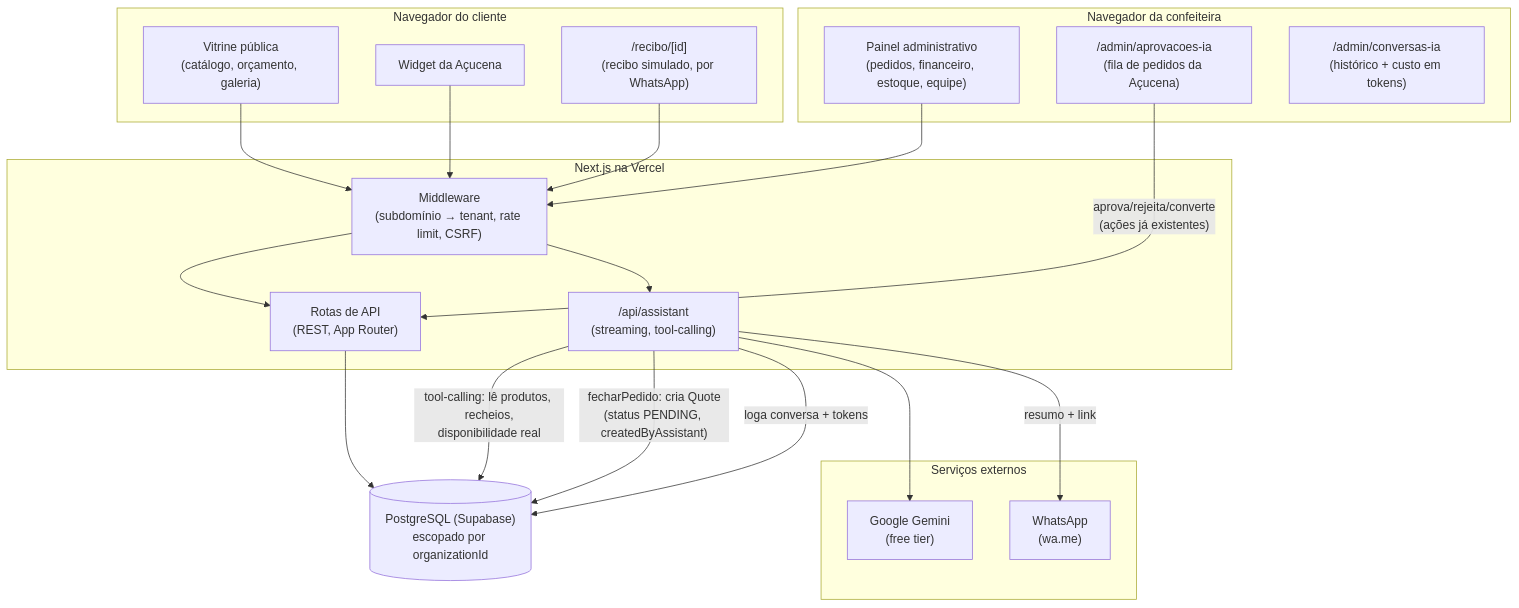
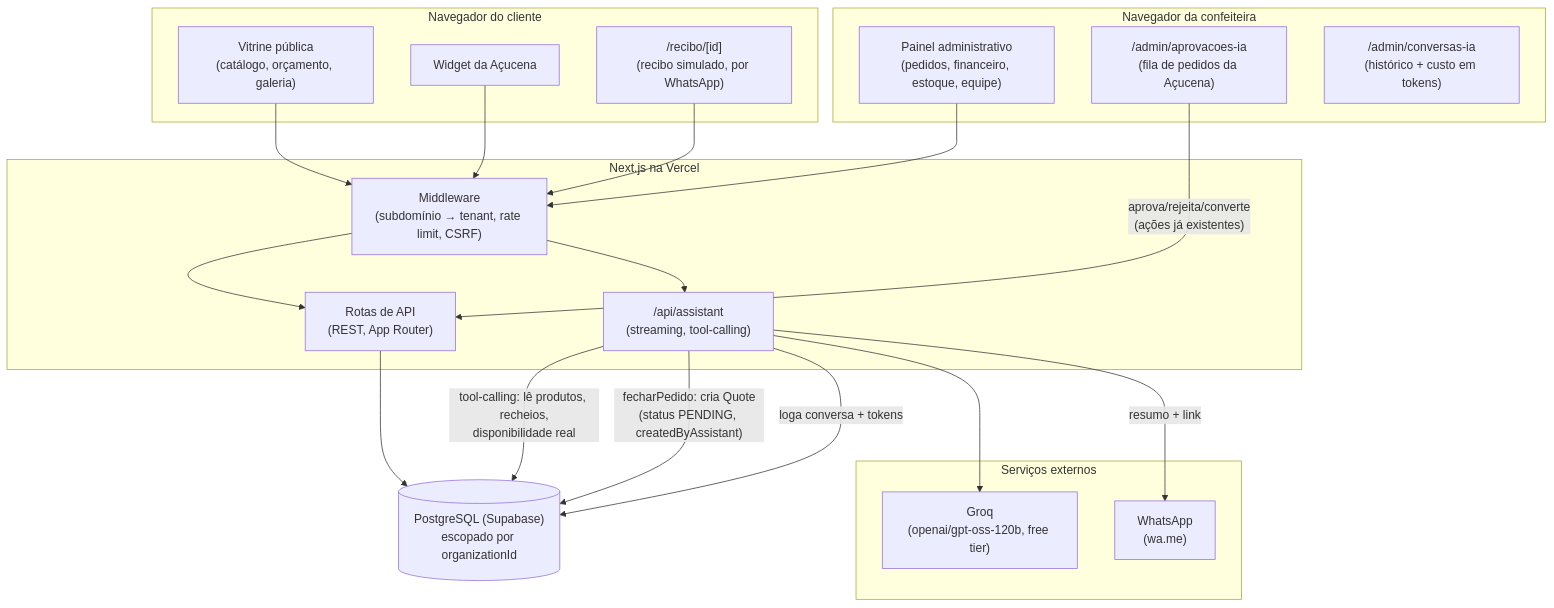
Before and after one commit to allahensus/crconfeitaria: the diagram in docs/arquitetura.md, drawn with Mermaid. The commit also changed other lines of this file, not shown here.

Commit message:
docs: update arquitetura.md now that Açucena runs on Groq
Went stale the moment PR #10 merged (switched the production model
provider from Gemini to Groq) -- the diagram and two prose mentions
still said Gemini.

Claude-Session: https://claude.ai/code/session_01BVRcrEFK2FuPuxCz4uQ7wJ

````diff
--- a/docs/arquitetura.md
+++ b/docs/arquitetura.md
@@ -7,41 +7,41 @@
 ```mermaid
 flowchart TB
     subgraph Cliente["Navegador do cliente"]
         Vitrine["Vitrine pública<br/>(catálogo, orçamento, galeria)"]
         Chat["Widget da Açucena"]
         Recibo["/recibo/[id]<br/>(recibo simulado, por WhatsApp)"]
     end
 
     subgraph Confeiteira["Navegador da confeiteira"]
         Admin["Painel administrativo<br/>(pedidos, financeiro, estoque, equipe)"]
         Aprovacoes["/admin/aprovacoes-ia<br/>(fila de pedidos da Açucena)"]
         Conversas["/admin/conversas-ia<br/>(histórico + custo em tokens)"]
     end
 
     subgraph Vercel["Next.js na Vercel"]
         MW["Middleware<br/>(subdomínio → tenant, rate limit, CSRF)"]
         API["Rotas de API<br/>(REST, App Router)"]
         AssistantRoute["/api/assistant<br/>(streaming, tool-calling)"]
     end
 
     subgraph Externo["Serviços externos"]
-        Gemini["Google Gemini<br/>(free tier)"]
+        Groq["Groq<br/>(openai/gpt-oss-120b, free tier)"]
         WhatsApp["WhatsApp<br/>(wa.me)"]
     end
 
     DB[("PostgreSQL (Supabase)<br/>escopado por organizationId")]
 
     Vitrine --> MW
     Admin --> MW
     Chat --> MW
     Recibo --> MW
     MW --> API
     MW --> AssistantRoute
     API --> DB
     Aprovacoes -- "aprova/rejeita/converte<br/>(ações já existentes)" --> API
     AssistantRoute -- "tool-calling: lê produtos, recheios,<br/>disponibilidade real" --> DB
     AssistantRoute -- "fecharPedido: cria Quote<br/>(status PENDING, createdByAssistant)" --> DB
     AssistantRoute -- "loga conversa + tokens" --> DB
-    AssistantRoute --> Gemini
+    AssistantRoute --> Groq
     AssistantRoute -- "resumo + link" --> WhatsApp
 ```
````
